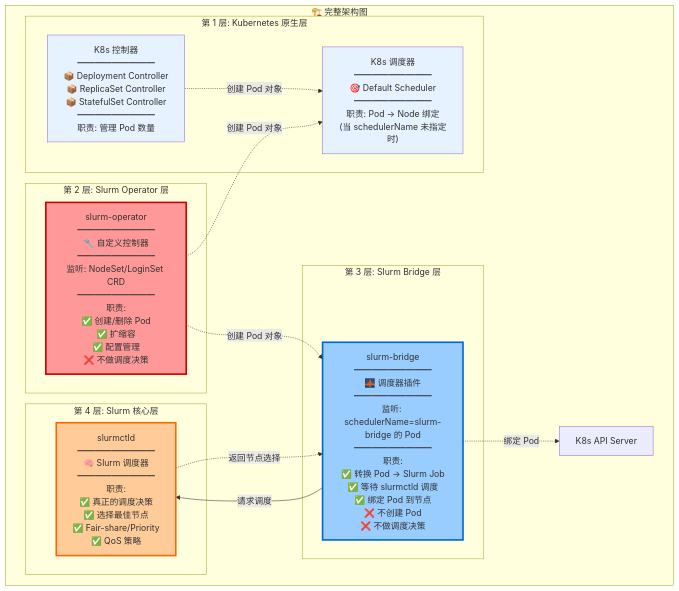
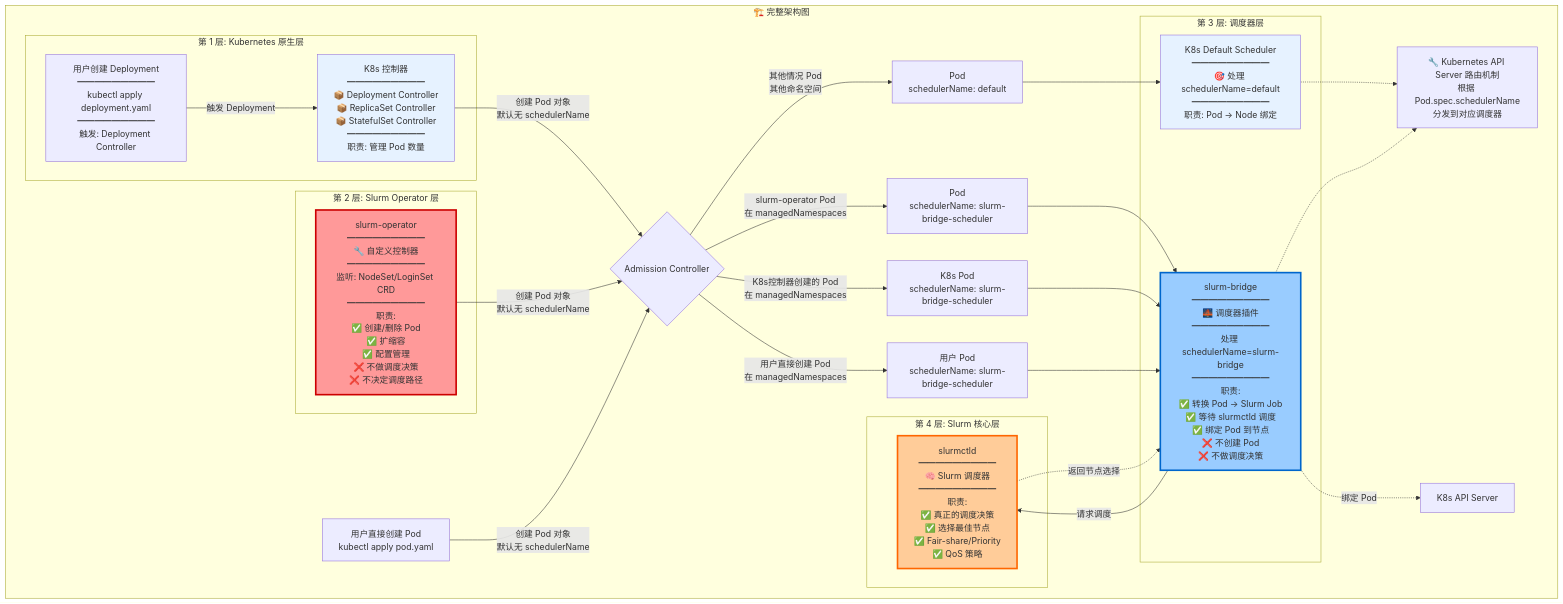
The first of 5 diagrams in docs/claude/QA1.md (whaili/slurm-bridge), drawn with Mermaid before and after one commit. The commit also changed other lines of this file, not shown here.

````diff
--- a/docs/claude/QA1.md
+++ b/docs/claude/QA1.md
@@ -7,36 +184,56 @@
 ```mermaid
 graph TB
     subgraph architecture["🏗️ 完整架构图"]
         
         subgraph layer1["第 1 层: Kubernetes 原生层"]
+            user_deployment["用户创建 Deployment<br/>━━━━━━━━━<br/>kubectl apply deployment.yaml<br/>━━━━━━━━━<br/>触发: Deployment Controller"]
+
             k8s_ctrl["K8s 控制器<br/>━━━━━━━━━<br/>📦 Deployment Controller<br/>📦 ReplicaSet Controller<br/>📦 StatefulSet Controller<br/>━━━━━━━━━<br/>职责: 管理 Pod 数量"]
-            
-            k8s_sched["K8s 调度器<br/>━━━━━━━━━<br/>🎯 Default Scheduler<br/>━━━━━━━━━<br/>职责: Pod → Node 绑定<br/>(当 schedulerName 未指定时)"]
         end
         
         subgraph layer2["第 2 层: Slurm Operator 层"]
-            slurm_op["slurm-operator<br/>━━━━━━━━━<br/>🔧 自定义控制器<br/>━━━━━━━━━<br/>监听: NodeSet/LoginSet CRD<br/>━━━━━━━━━<br/>职责:<br/>✅ 创建/删除 Pod<br/>✅ 扩缩容<br/>✅ 配置管理<br/>❌ 不做调度决策"]
+            slurm_op["slurm-operator<br/>━━━━━━━━━<br/>🔧 自定义控制器<br/>━━━━━━━━━<br/>监听: NodeSet/LoginSet CRD<br/>━━━━━━━━━<br/>职责:<br/>✅ 创建/删除 Pod<br/>✅ 扩缩容<br/>✅ 配置管理<br/>❌ 不做调度决策<br/>❌ 不决定调度路径"]
         end
-        
-        subgraph layer3["第 3 层: Slurm Bridge 层"]
-            slurm_bridge["slurm-bridge<br/>━━━━━━━━━<br/>🌉 调度器插件<br/>━━━━━━━━━<br/>监听: schedulerName=slurm-bridge 的 Pod<br/>━━━━━━━━━<br/>职责:<br/>✅ 转换 Pod → Slurm Job<br/>✅ 等待 slurmctld 调度<br/>✅ 绑定 Pod 到节点<br/>❌ 不创建 Pod<br/>❌ 不做调度决策"]
+
+        subgraph layer3["第 3 层: 调度器层"]
+            k8s_sched["K8s Default Scheduler<br/>━━━━━━━━━<br/>🎯 处理 schedulerName=default<br/>━━━━━━━━━<br/>职责: Pod → Node 绑定"]
+
+            slurm_bridge["slurm-bridge<br/>━━━━━━━━━<br/>🌉 调度器插件<br/>━━━━━━━━━<br/>处理 schedulerName=slurm-bridge<br/>━━━━━━━━━<br/>职责:<br/>✅ 转换 Pod → Slurm Job<br/>✅ 等待 slurmctld 调度<br/>✅ 绑定 Pod 到节点<br/>❌ 不创建 Pod<br/>❌ 不做调度决策"]
         end
-        
+
         subgraph layer4["第 4 层: Slurm 核心层"]
             slurmctld["slurmctld<br/>━━━━━━━━━<br/>🧠 Slurm 调度器<br/>━━━━━━━━━<br/>职责:<br/>✅ 真正的调度决策<br/>✅ 选择最佳节点<br/>✅ Fair-share/Priority<br/>✅ QoS 策略"]
         end
-        
-        k8s_ctrl -.->|创建 Pod 对象| k8s_sched
-        slurm_op -.->|创建 Pod 对象| k8s_sched
-        slurm_op -.->|创建 Pod 对象| slurm_bridge
+
+        user_deployment -->|触发 Deployment| k8s_ctrl
+
+        k8s_ctrl -->|创建 Pod 对象<br/>默认无 schedulerName| admission_step
+
+        slurm_op -->|创建 Pod 对象<br/>默认无 schedulerName| admission_step{Admission Controller}
+
+        user_direct["用户直接创建 Pod<br/>kubectl apply pod.yaml"] -->|创建 Pod 对象<br/>默认无 schedulerName| admission_step
+
+        admission_step -->|slurm-operator Pod<br/>在 managedNamespaces| slurm_bridge_inject["Pod<br/>schedulerName: slurm-bridge-scheduler"]
+        admission_step -->|K8s控制器创建的 Pod<br/>在 managedNamespaces| k8s_bridge_inject["K8s Pod<br/>schedulerName: slurm-bridge-scheduler"]
+        admission_step -->|用户直接创建 Pod<br/>在 managedNamespaces| user_bridge_inject["用户 Pod<br/>schedulerName: slurm-bridge-scheduler"]
+        admission_step -->|其他情况 Pod<br/>其他命名空间| k8s_sched_default["Pod<br/>schedulerName: default"]
+
+        k8s_sched_default --> k8s_sched
+        slurm_bridge_inject --> slurm_bridge
+        k8s_bridge_inject --> slurm_bridge
+        user_bridge_inject --> slurm_bridge
+
+        note_router["🔧 Kubernetes API Server 路由机制<br/>根据 Pod.spec.schedulerName<br/>分发到对应调度器"]
+        k8s_sched -.-> note_router
+        slurm_bridge -.-> note_router
         slurm_bridge -->|请求调度| slurmctld
         slurmctld -.->|返回节点选择| slurm_bridge
         slurm_bridge -.->|绑定 Pod| k8s_api[K8s API Server]
         
         style k8s_ctrl fill:#e6f2ff
         style k8s_sched fill:#e6f2ff
         style slurm_op fill:#ff9999,stroke:#cc0000,stroke-width:3px
         style slurm_bridge fill:#99ccff,stroke:#0066cc,stroke-width:3px
         style slurmctld fill:#ffcc99,stroke:#ff6600,stroke-width:3px
     end
 ```
````
